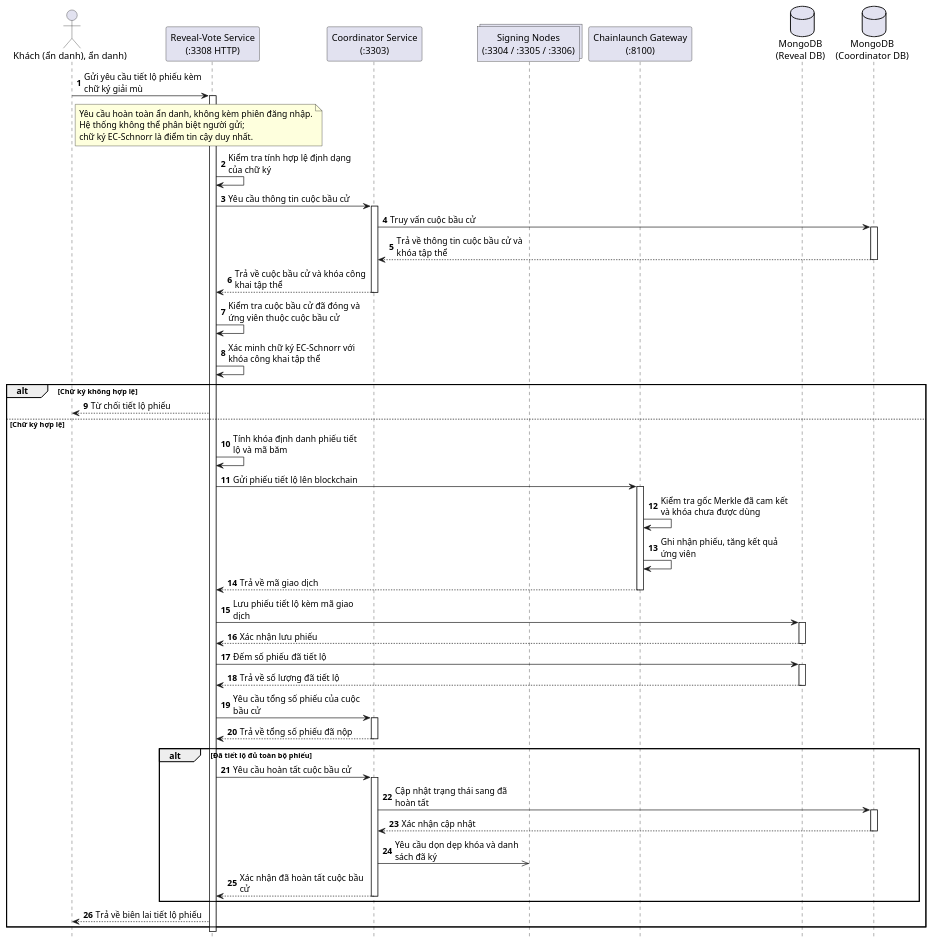
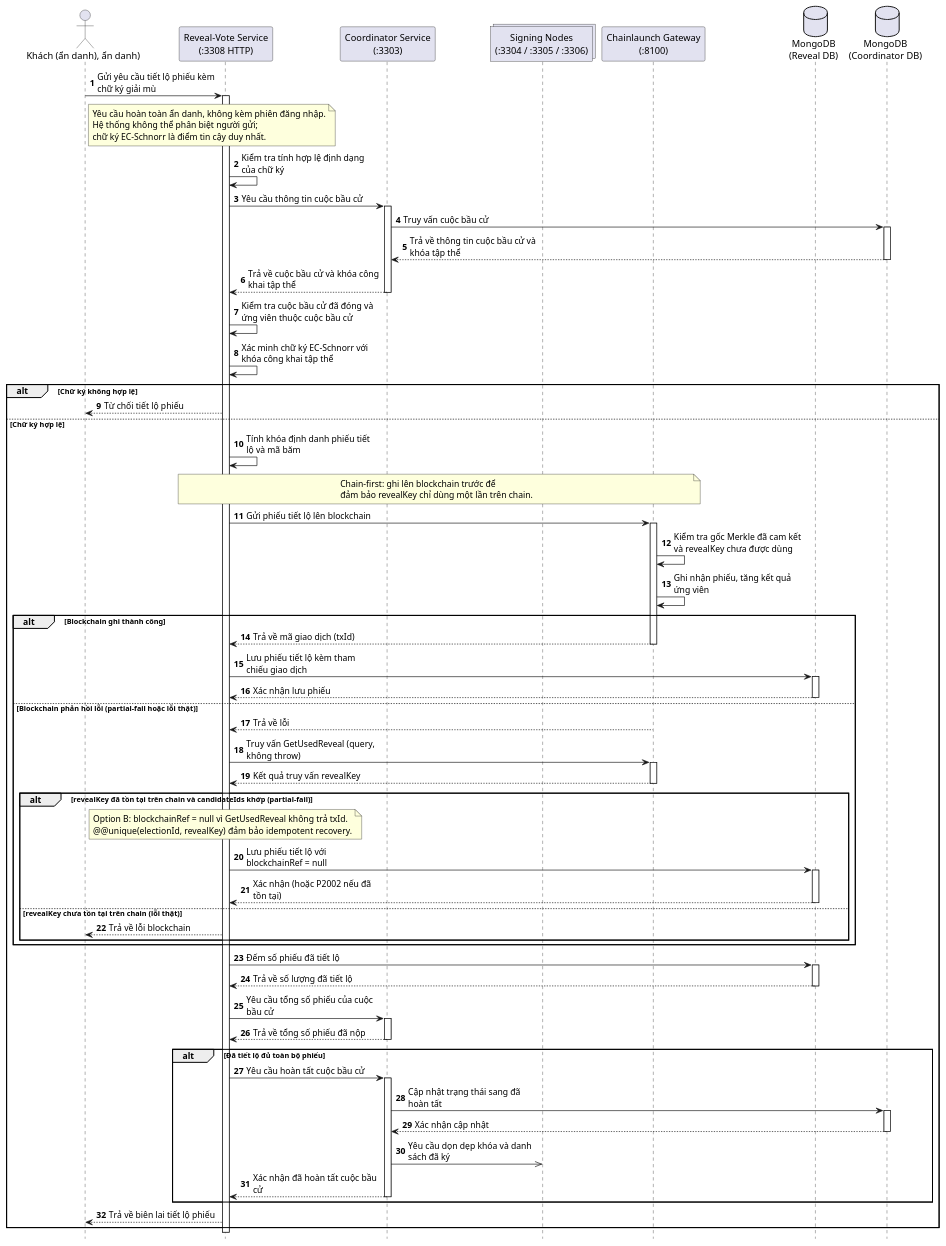
Before and after one commit to Tuienn/e-voting-latex: the diagram in PlantUML/Sequence/Tiet-lo-phieu.puml, drawn with PlantUML. The commit also changed 31 other files, not shown here.

```diff
--- a/PlantUML/Sequence/Tiet-lo-phieu.puml
+++ b/PlantUML/Sequence/Tiet-lo-phieu.puml
@@ -1,82 +1,114 @@
 @startuml TietLoPhieu
 hide footbox
 autonumber
 skinparam maxMessageSize 200
 
 actor "Khách (ẩn danh), ẩn danh)" as Voter
 participant "Reveal-Vote Service\n(:3308 HTTP)" as Reveal
 participant "Coordinator Service\n(:3303)" as Coordinator
 collections "Signing Nodes\n(:3304 / :3305 / :3306)" as Nodes
 participant "Chainlaunch Gateway\n(:8100)" as Fabric
 database "MongoDB\n(Reveal DB)" as ReDB
 database "MongoDB\n(Coordinator DB)" as CoDB
 
 Voter -> Reveal: Gửi yêu cầu tiết lộ phiếu kèm chữ ký giải mù
 activate Reveal
 
 note right of Voter
   Yêu cầu hoàn toàn ẩn danh, không kèm phiên đăng nhập.
   Hệ thống không thể phân biệt người gửi;
   chữ ký EC-Schnorr là điểm tin cậy duy nhất.
 end note
 
 Reveal -> Reveal: Kiểm tra tính hợp lệ định dạng của chữ ký
 
 Reveal -> Coordinator: Yêu cầu thông tin cuộc bầu cử
 activate Coordinator
 Coordinator -> CoDB: Truy vấn cuộc bầu cử
 activate CoDB
 CoDB --> Coordinator: Trả về thông tin cuộc bầu cử và khóa tập thể
 deactivate CoDB
 Coordinator --> Reveal: Trả về cuộc bầu cử và khóa công khai tập thể
 deactivate Coordinator
 
 Reveal -> Reveal: Kiểm tra cuộc bầu cử đã đóng và ứng viên thuộc cuộc bầu cử
 
 Reveal -> Reveal: Xác minh chữ ký EC-Schnorr với khóa công khai tập thể
 
 alt Chữ ký không hợp lệ
   Reveal --> Voter: Từ chối tiết lộ phiếu
 else Chữ ký hợp lệ
   Reveal -> Reveal: Tính khóa định danh phiếu tiết lộ và mã băm
 
+  note over Reveal, Fabric
+    Chain-first: ghi lên blockchain trước để
+    đảm bảo revealKey chỉ dùng một lần trên chain.
+  end note
+
   Reveal -> Fabric: Gửi phiếu tiết lộ lên blockchain
   activate Fabric
-  Fabric -> Fabric: Kiểm tra gốc Merkle đã cam kết và khóa chưa được dùng
+  Fabric -> Fabric: Kiểm tra gốc Merkle đã cam kết và revealKey chưa được dùng
   Fabric -> Fabric: Ghi nhận phiếu, tăng kết quả ứng viên
-  Fabric --> Reveal: Trả về mã giao dịch
-  deactivate Fabric
 
-  Reveal -> ReDB: Lưu phiếu tiết lộ kèm mã giao dịch
-  activate ReDB
-  ReDB --> Reveal: Xác nhận lưu phiếu
-  deactivate ReDB
+  alt Blockchain ghi thành công
+    Fabric --> Reveal: Trả về mã giao dịch (txId)
+    deactivate Fabric
+
+    Reveal -> ReDB: Lưu phiếu tiết lộ kèm tham chiếu giao dịch
+    activate ReDB
+    ReDB --> Reveal: Xác nhận lưu phiếu
+    deactivate ReDB
+
+  else Blockchain phản hồi lỗi (partial-fail hoặc lỗi thật)
+    Fabric --> Reveal: Trả về lỗi
+    deactivate Fabric
+
+    Reveal -> Fabric: Truy vấn GetUsedReveal (query, không throw)
+    activate Fabric
+    Fabric --> Reveal: Kết quả truy vấn revealKey
+    deactivate Fabric
+
+    alt revealKey đã tồn tại trên chain và candidateIds khớp (partial-fail)
+      note over Reveal
+        Option B: blockchainRef = null vì GetUsedReveal không trả txId.
+        @@unique(electionId, revealKey) đảm bảo idempotent recovery.
+      end note
+
+      Reveal -> ReDB: Lưu phiếu tiết lộ với blockchainRef = null
+      activate ReDB
+      ReDB --> Reveal: Xác nhận (hoặc P2002 nếu đã tồn tại)
+      deactivate ReDB
+
+    else revealKey chưa tồn tại trên chain (lỗi thật)
+      Reveal --> Voter: Trả về lỗi blockchain
+    end
+  end
 
   Reveal -> ReDB: Đếm số phiếu đã tiết lộ
   activate ReDB
   ReDB --> Reveal: Trả về số lượng đã tiết lộ
   deactivate ReDB
 
   Reveal -> Coordinator: Yêu cầu tổng số phiếu của cuộc bầu cử
   activate Coordinator
   Coordinator --> Reveal: Trả về tổng số phiếu đã nộp
   deactivate Coordinator
 
   alt Đã tiết lộ đủ toàn bộ phiếu
     Reveal -> Coordinator: Yêu cầu hoàn tất cuộc bầu cử
     activate Coordinator
     Coordinator -> CoDB: Cập nhật trạng thái sang đã hoàn tất
     activate CoDB
     CoDB --> Coordinator: Xác nhận cập nhật
     deactivate CoDB
 
     Coordinator ->> Nodes: Yêu cầu dọn dẹp khóa và danh sách đã ký
     Coordinator --> Reveal: Xác nhận đã hoàn tất cuộc bầu cử
     deactivate Coordinator
   end
 
   Reveal --> Voter: Trả về biên lai tiết lộ phiếu
 end
 
 deactivate Reveal
 @enduml
```
